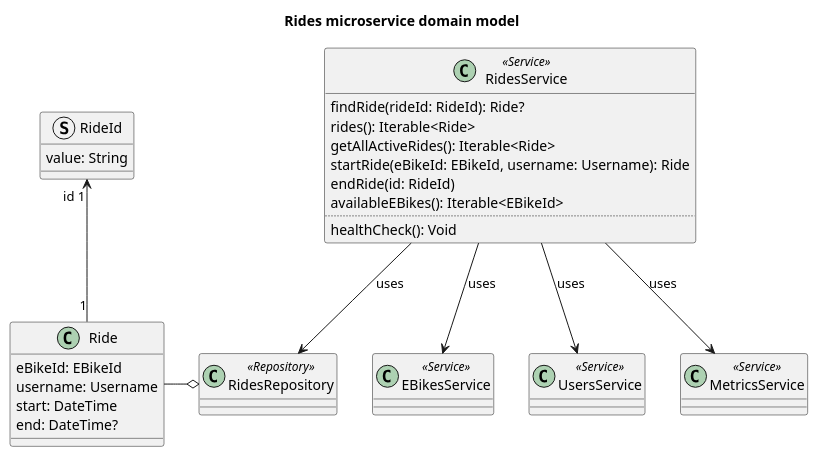
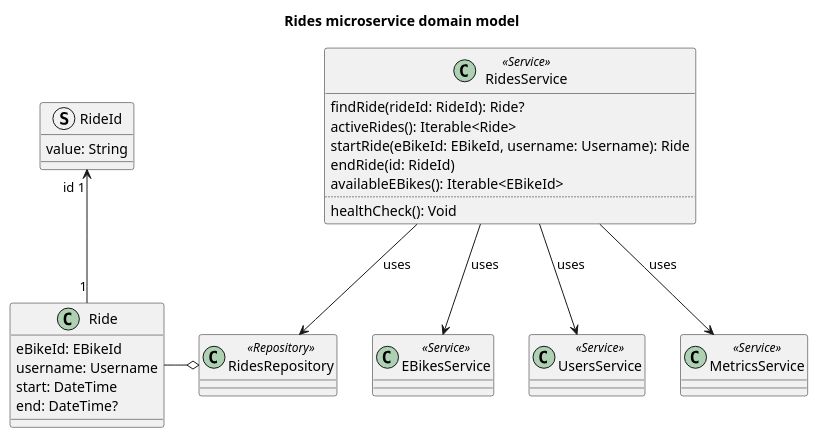
The diagram in doc/diagrams/src/rides-microservice-domain-model.puml (Ventus218/SAP-assignment-02), drawn with PlantUML before and after one commit.

Commit message:
removed useless method

```diff
--- a/doc/diagrams/src/rides-microservice-domain-model.puml
+++ b/doc/diagrams/src/rides-microservice-domain-model.puml
@@ -1,41 +1,40 @@
 @startuml rides-microservice-domain-model
 
 title Rides microservice domain model
 
 class Ride {
     eBikeId: EBikeId
     username: Username
     start: DateTime
     end: DateTime?
 }
 struct RideId {
     value: String
 }
 Ride "1" -u-> "id 1" RideId
 
 class RidesRepository <<Repository>>
 RidesRepository o-l- Ride
 
 class RidesService <<Service>> {
     findRide(rideId: RideId): Ride?
-    rides(): Iterable<Ride>
-    getAllActiveRides(): Iterable<Ride>
+    activeRides(): Iterable<Ride>
     startRide(eBikeId: EBikeId, username: Username): Ride
     endRide(id: RideId)
     availableEBikes(): Iterable<EBikeId>
     ..
     healthCheck(): Void
 }
 
 RidesService --> RidesRepository : "uses"
 
 class EBikesService <<Service>>
 RidesService --> EBikesService : "uses"
 
 class UsersService <<Service>>
 RidesService --> UsersService : "uses"
 
 class MetricsService <<Service>>
 RidesService --> MetricsService : "uses"
 
 @enduml
```
